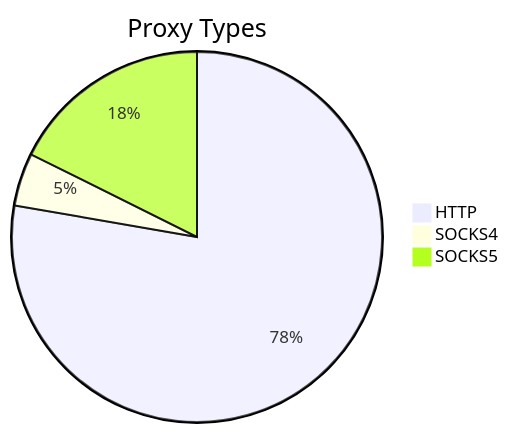
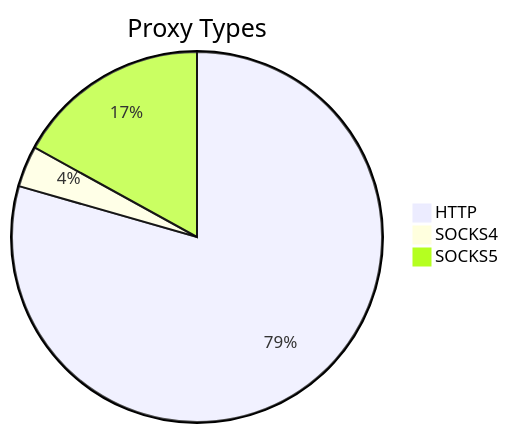
Before and after one commit to stormsia/proxy-list: the first of 2 diagrams in README.md, drawn with Mermaid. The commit also changed other lines of this file, not shown here.

````diff
--- a/README.md
+++ b/README.md
@@ -21,6 +21,6 @@
 ```mermaid
 pie title Proxy Types
-    "HTTP" : 370
-    "SOCKS4" : 22
-    "SOCKS5" : 84
+    "HTTP" : 421
+    "SOCKS4" : 19
+    "SOCKS5" : 90
 ```
````
